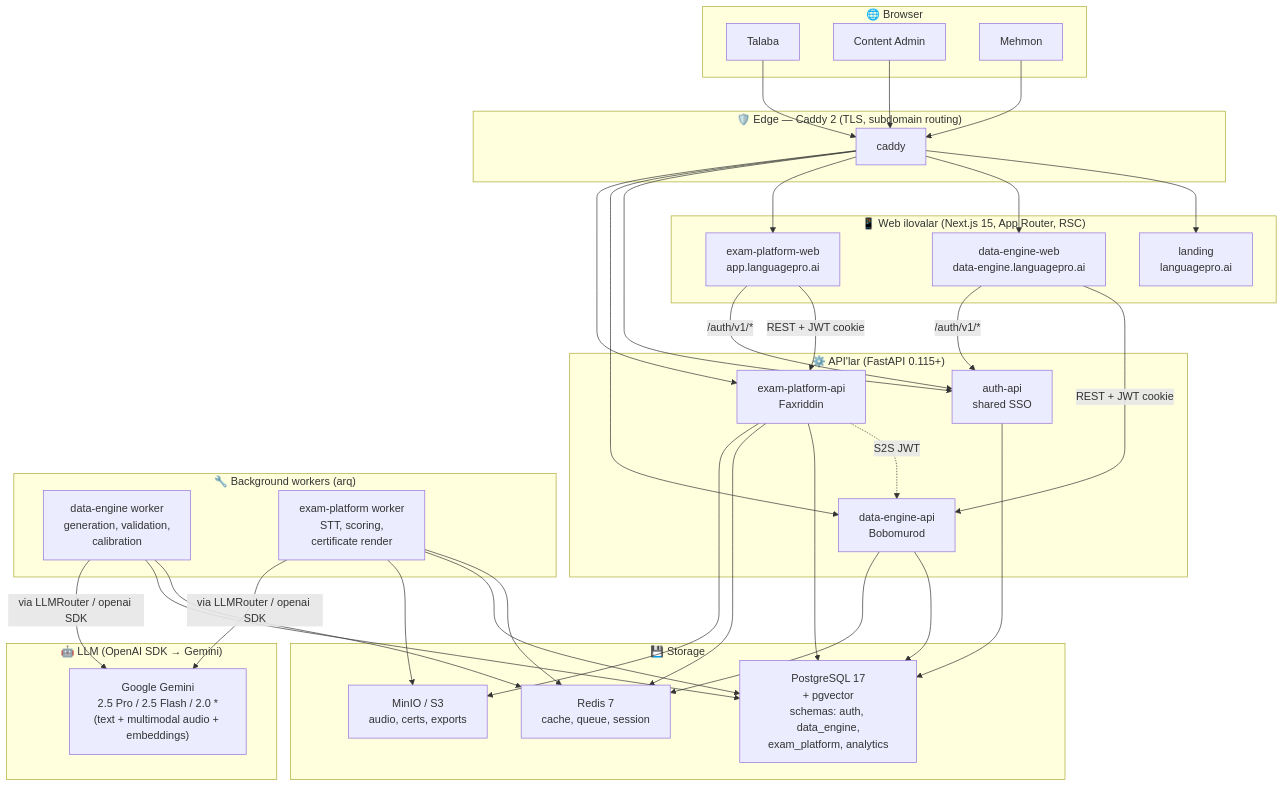
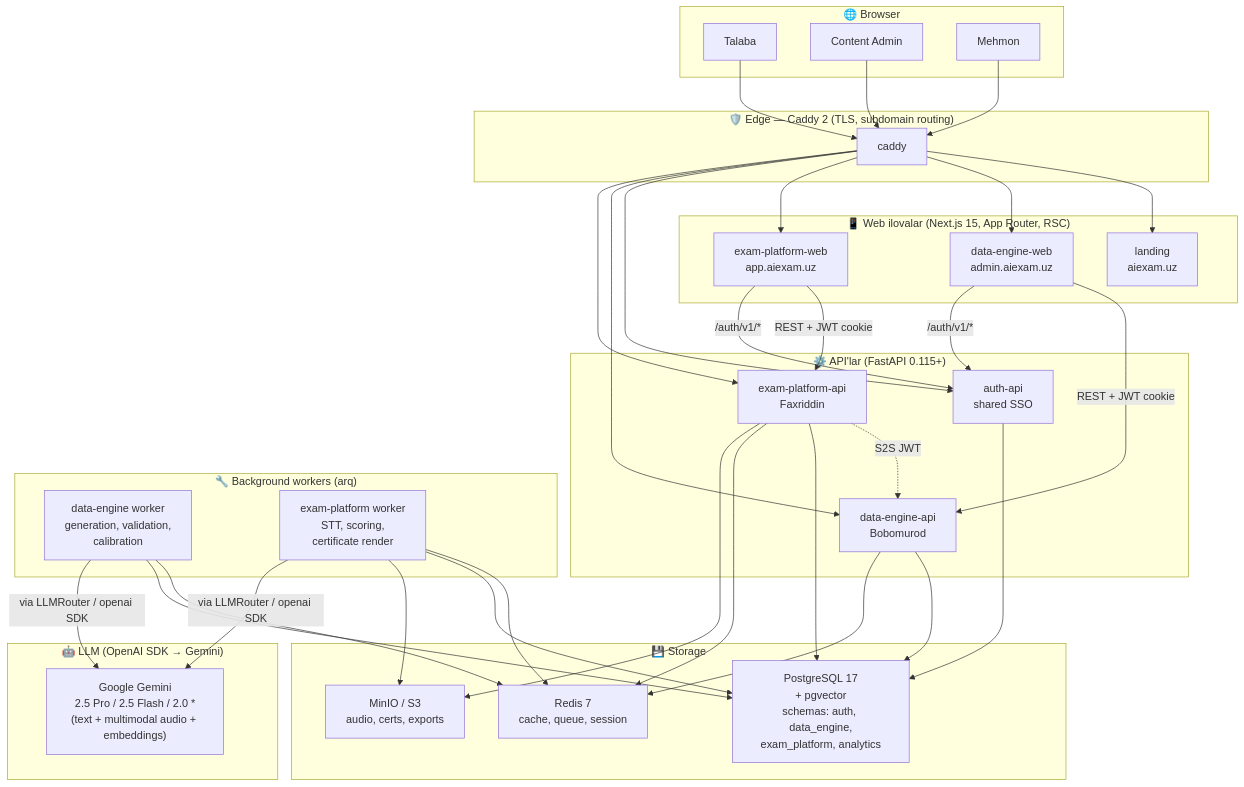
Before and after one commit to XushnazarovFaxriddin/ms-language-pro-ai: the first of 3 diagrams in docs/system-overview.md, drawn with Mermaid. The commit also changed other lines of this file and 17 other files, not shown here.

Commit message:
Update domain references from languagepro.ai to aiexam.uz across documentation and configuration files

````diff
--- a/docs/system-overview.md
+++ b/docs/system-overview.md
@@ -31,69 +31,69 @@
 ```mermaid
 flowchart TB
     subgraph Browser["🌐 Browser"]
         Student["Talaba"]
         Admin["Content Admin"]
         Visitor["Mehmon"]
     end
 
     subgraph Edge["🛡️ Edge — Caddy 2 (TLS, subdomain routing)"]
         Caddy["caddy"]
     end
 
     subgraph WebApps["📱 Web ilovalar (Next.js 15, App Router, RSC)"]
-        Landing["landing<br/>languagepro.ai"]
-        DEWeb["data-engine-web<br/>data-engine.languagepro.ai"]
-        EPWeb["exam-platform-web<br/>app.languagepro.ai"]
+        Landing["landing<br/>aiexam.uz"]
+        DEWeb["data-engine-web<br/>admin.aiexam.uz"]
+        EPWeb["exam-platform-web<br/>app.aiexam.uz"]
     end
 
     subgraph APIs["⚙️ API'lar (FastAPI 0.115+)"]
         AuthAPI["auth-api<br/>shared SSO"]
         DataAPI["data-engine-api<br/>Bobomurod"]
         ExamAPI["exam-platform-api<br/>Faxriddin"]
     end
 
     subgraph Workers["🔧 Background workers (arq)"]
         DataWorker["data-engine worker<br/>generation, validation,<br/>calibration"]
         ExamWorker["exam-platform worker<br/>STT, scoring,<br/>certificate render"]
     end
 
     subgraph Data["💾 Storage"]
         PG["PostgreSQL 17<br/>+ pgvector<br/>schemas: auth, data_engine,<br/>exam_platform, analytics"]
         Redis["Redis 7<br/>cache, queue, session"]
         S3["MinIO / S3<br/>audio, certs, exports"]
     end
 
     subgraph LLMs["🤖 LLM (OpenAI SDK → Gemini)"]
         Gemini["Google Gemini<br/>2.5 Pro / 2.5 Flash / 2.0 *<br/>(text + multimodal audio + embeddings)"]
     end
 
     Student --> Caddy
     Admin --> Caddy
     Visitor --> Caddy
 
     Caddy --> Landing
     Caddy --> DEWeb
     Caddy --> EPWeb
     Caddy --> AuthAPI
     Caddy --> DataAPI
     Caddy --> ExamAPI
 
     DEWeb -->|REST + JWT cookie| DataAPI
     EPWeb -->|REST + JWT cookie| ExamAPI
     DEWeb & EPWeb -->|/auth/v1/*| AuthAPI
 
     ExamAPI -.->|S2S JWT| DataAPI
 
     DataAPI & ExamAPI & AuthAPI --> PG
     DataAPI & ExamAPI --> Redis
     ExamAPI --> S3
 
     DataWorker --> Redis
     DataWorker --> PG
     DataWorker -->|via LLMRouter / openai SDK| Gemini
 
     ExamWorker --> Redis
     ExamWorker --> PG
     ExamWorker --> S3
     ExamWorker -->|via LLMRouter / openai SDK| Gemini
 ```
````
